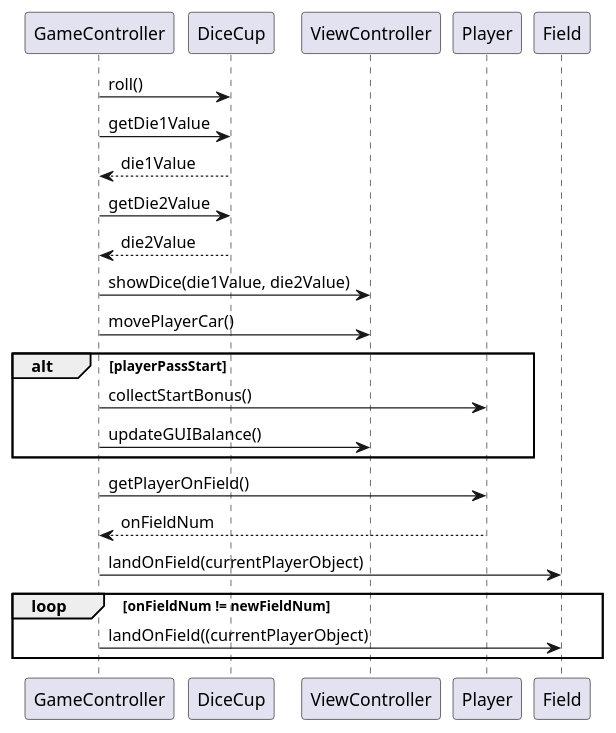
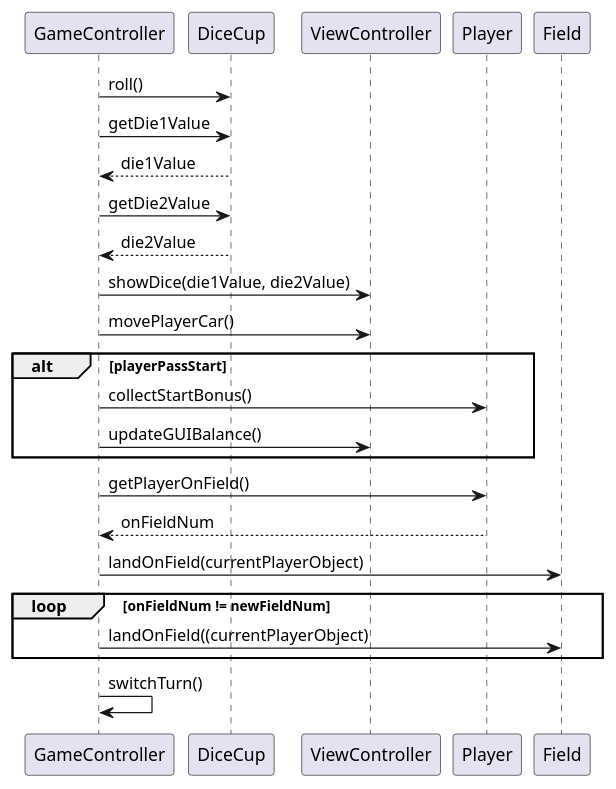
The diagram in 18_final/UML/DesignSequenceDiagramTakeTurn.puml (GabeKierk889/gruppe-18), drawn with PlantUML before and after one commit.

Commit message:
Updated DesignSequenceDiagramTakeTurn

```diff
--- a/18_final/UML/DesignSequenceDiagramTakeTurn.puml
+++ b/18_final/UML/DesignSequenceDiagramTakeTurn.puml
@@ -1,26 +1,28 @@
 @startuml
 'https://plantuml.com/sequence-diagram
 
 
 GameController -> DiceCup : roll()
 GameController -> DiceCup : getDie1Value
 DiceCup --> GameController : die1Value
 GameController -> DiceCup : getDie2Value
 DiceCup --> GameController : die2Value
 GameController -> ViewController : showDice(die1Value, die2Value)
 GameController -> ViewController : movePlayerCar()
 
 alt playerPassStart
     GameController -> Player : collectStartBonus()
     GameController -> ViewController : updateGUIBalance()
 end
 
     GameController -> Player : getPlayerOnField()
     Player --> GameController : onFieldNum
     GameController -> Field : landOnField(currentPlayerObject)
 
 loop onFieldNum != newFieldNum
     GameController -> Field : landOnField((currentPlayerObject)
 end
 
+GameController -> GameController : switchTurn()
+
 @enduml
```
